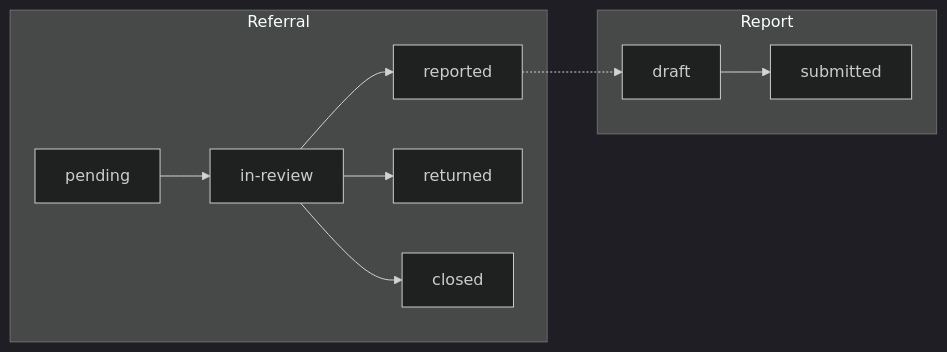
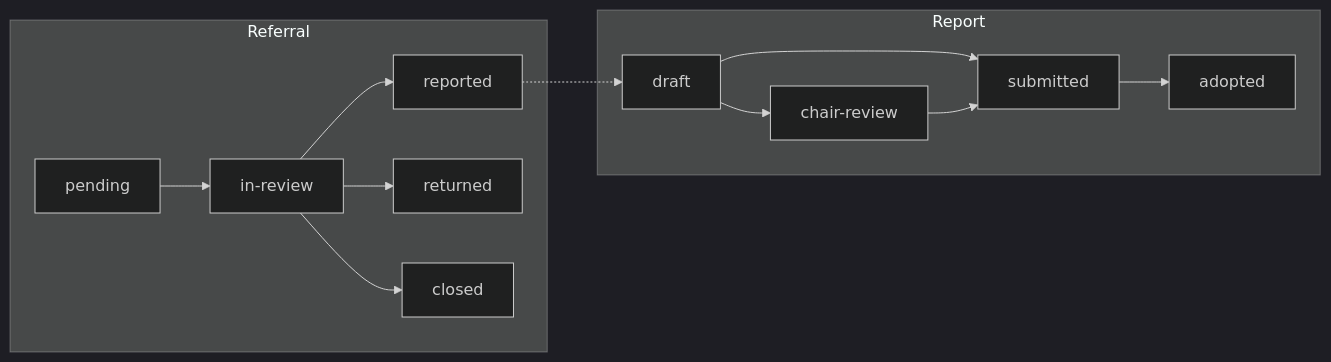
The fourth of 7 diagrams in docs/process-flow.md (zailmer30/sentria), drawn with Mermaid (dark theme) before and after one commit. The commit also changed other lines of this file and 294 other files, not shown here.

````diff
--- a/docs/process-flow.md
+++ b/docs/process-flow.md
@@ -178,15 +178,18 @@
 ```mermaid
 flowchart LR
   subgraph referral [Referral]
     pending[pending] --> inReview[in-review]
     inReview --> reported[reported]
     inReview --> returned[returned]
     inReview --> closed[closed]
   end
 
   subgraph report [Report]
-    draft[draft] --> submitted[submitted]
+    draft[draft] --> chairReview[chair-review]
+    draft --> submitted[submitted]
+    chairReview --> submitted
+    submitted --> adopted[adopted]
   end
 
   reported -.-> draft
 ```
````
